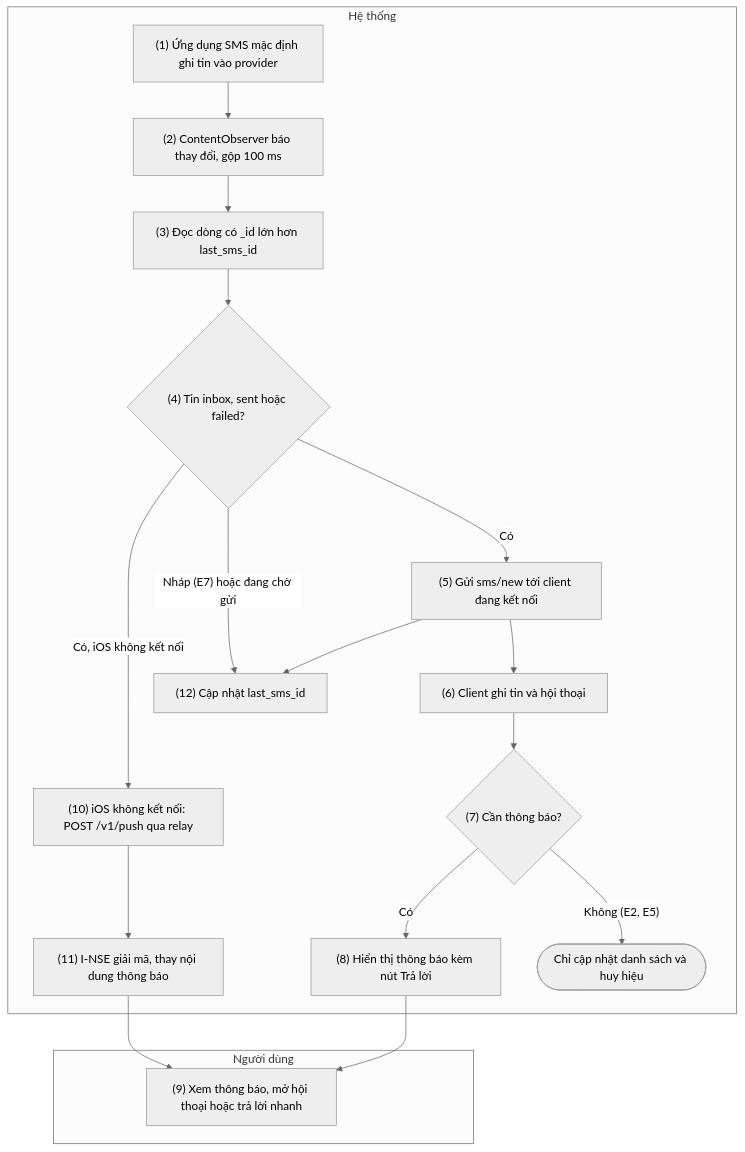
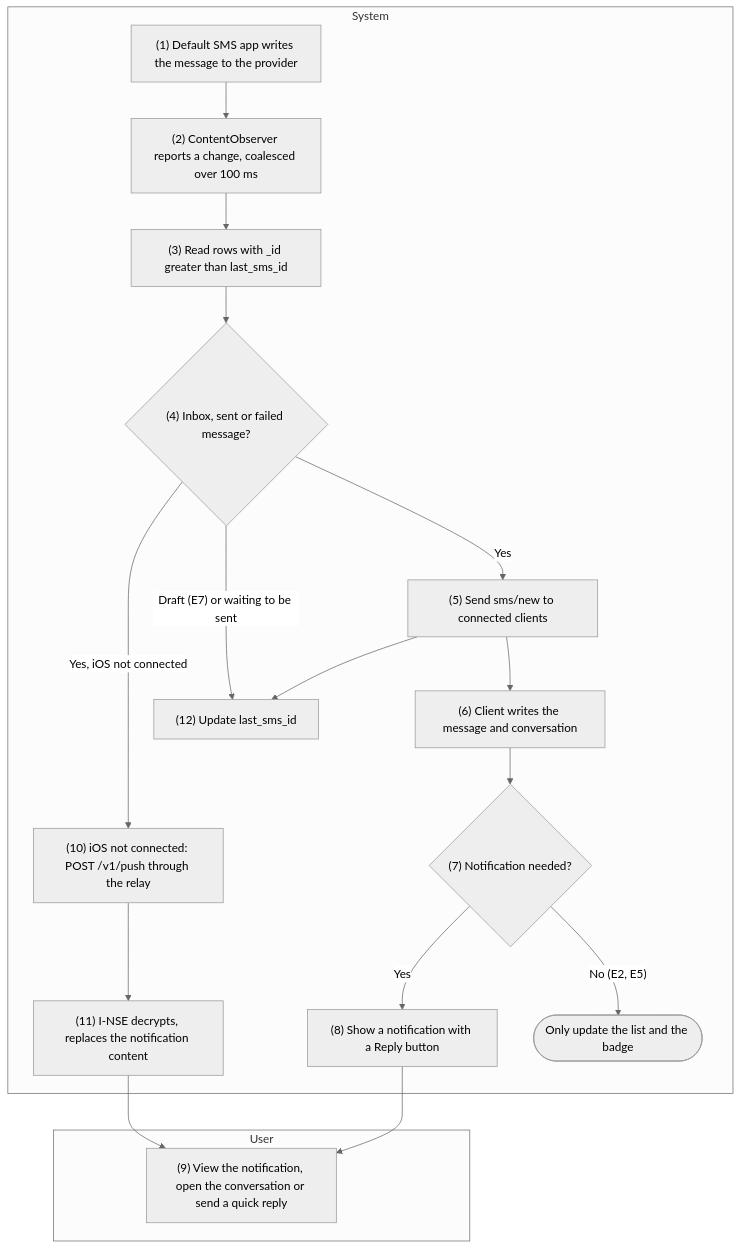
One commit to HandLive/handlive changed the second of 5 diagrams in docs/detailed-design/05-sms.md. Above: the diagram before and after it, drawn with Mermaid (neutral theme). The commit also changed other lines of this file and 1 other file, not shown here.

Commit message:
docs: translate docs/detailed-design/05-sms.md into English

````diff
--- a/docs/detailed-design/05-sms.md
+++ b/docs/detailed-design/05-sms.md
@@ -360,27 +367,27 @@
 ```mermaid
 flowchart TB
-  subgraph ND["Người dùng"]
-    U9["(9) Xem thông báo, mở hội thoại hoặc trả lời nhanh"]
+  subgraph ND["User"]
+    U9["(9) View the notification, open the conversation or send a quick reply"]
   end
-  subgraph HT["Hệ thống"]
-    S1["(1) Ứng dụng SMS mặc định ghi tin vào provider"]
-    S2["(2) ContentObserver báo thay đổi, gộp 100 ms"]
-    S3["(3) Đọc dòng có _id lớn hơn last_sms_id"]
-    D4{"(4) Tin inbox, sent hoặc failed?"}
-    S5["(5) Gửi sms/new tới client đang kết nối"]
-    S6["(6) Client ghi tin và hội thoại"]
-    D7{"(7) Cần thông báo?"}
-    S8["(8) Hiển thị thông báo kèm nút Trả lời"]
-    S10["(10) iOS không kết nối: POST /v1/push qua relay"]
-    S11["(11) I-NSE giải mã, thay nội dung thông báo"]
-    S12["(12) Cập nhật last_sms_id"]
-    X1(["Chỉ cập nhật danh sách và huy hiệu"])
+  subgraph HT["System"]
+    S1["(1) Default SMS app writes the message to the provider"]
+    S2["(2) ContentObserver reports a change, coalesced over 100 ms"]
+    S3["(3) Read rows with _id greater than last_sms_id"]
+    D4{"(4) Inbox, sent or failed message?"}
+    S5["(5) Send sms/new to connected clients"]
+    S6["(6) Client writes the message and conversation"]
+    D7{"(7) Notification needed?"}
+    S8["(8) Show a notification with a Reply button"]
+    S10["(10) iOS not connected: POST /v1/push through the relay"]
+    S11["(11) I-NSE decrypts, replaces the notification content"]
+    S12["(12) Update last_sms_id"]
+    X1(["Only update the list and the badge"])
   end
   S1 --> S2 --> S3 --> D4
-  D4 -- "Có" --> S5 --> S6 --> D7
-  D4 -- "Có, iOS không kết nối" --> S10 --> S11 --> U9
-  D4 -- "Nháp (E7) hoặc đang chờ gửi" --> S12
-  D7 -- "Có" --> S8 --> U9
-  D7 -- "Không (E2, E5)" --> X1
+  D4 -- "Yes" --> S5 --> S6 --> D7
+  D4 -- "Yes, iOS not connected" --> S10 --> S11 --> U9
+  D4 -- "Draft (E7) or waiting to be sent" --> S12
+  D7 -- "Yes" --> S8 --> U9
+  D7 -- "No (E2, E5)" --> X1
   S5 --> S12
 ```
````
